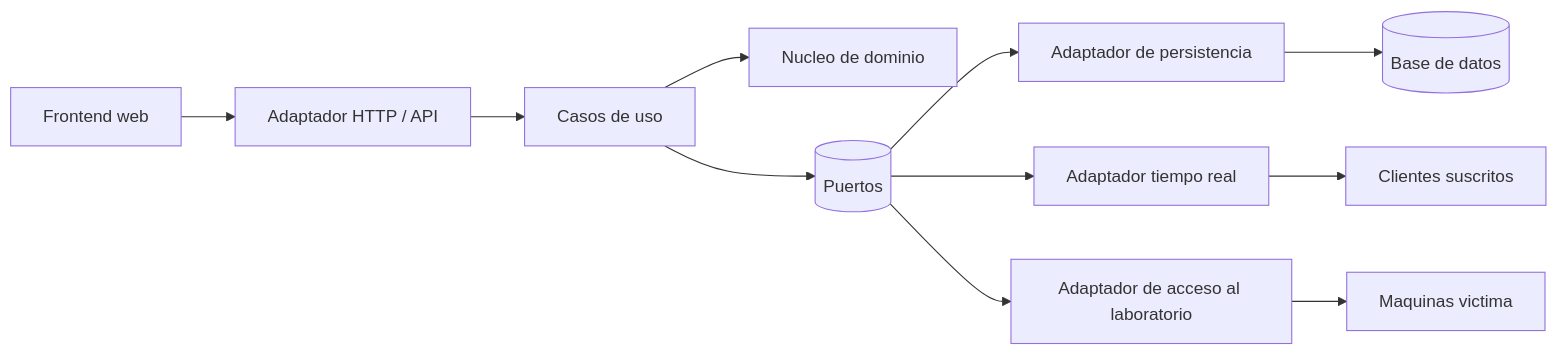
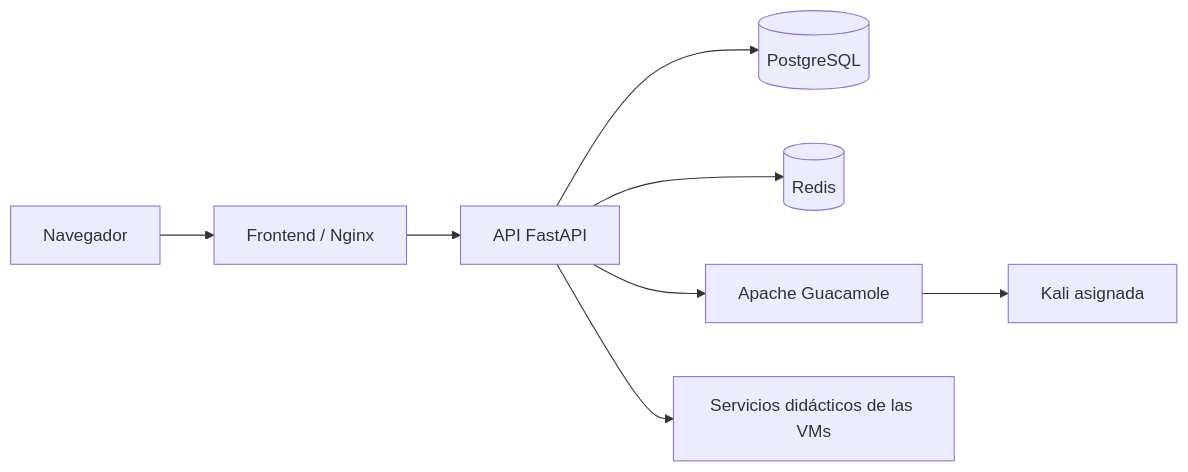
Before and after one commit to lavillamarin3-hash/ctf-platform: the diagram in README.md, drawn with Mermaid. The commit also changed other lines of this file and 28 other files, not shown here.

````diff
--- a/README.md
+++ b/README.md
@@ -115,13 +31,10 @@
-```mermaid
+~~~mermaid
 flowchart LR
-    UI[Frontend web] --> HTTP[Adaptador HTTP / API]
-    HTTP --> UC[Casos de uso]
-    UC --> D[ Nucleo de dominio ]
-    UC --> P[(Puertos)]
-    P --> DB[Adaptador de persistencia]
-    DB --> DATA[(Base de datos)]
-    P --> RT[Adaptador tiempo real]
-    RT --> WS[Clientes suscritos]
-    P --> LAB[Adaptador de acceso al laboratorio]
-    LAB --> VM[Maquinas victima]
-```
+    Browser[Navegador] --> Web[Frontend / Nginx]
+    Web --> API[API FastAPI]
+    API --> DB[(PostgreSQL)]
+    API --> Redis[(Redis)]
+    API --> Guac[Apache Guacamole]
+    API --> Labs[Servicios didácticos de las VMs]
+    Guac --> Kali[Kali asignada]
+~~~
````
